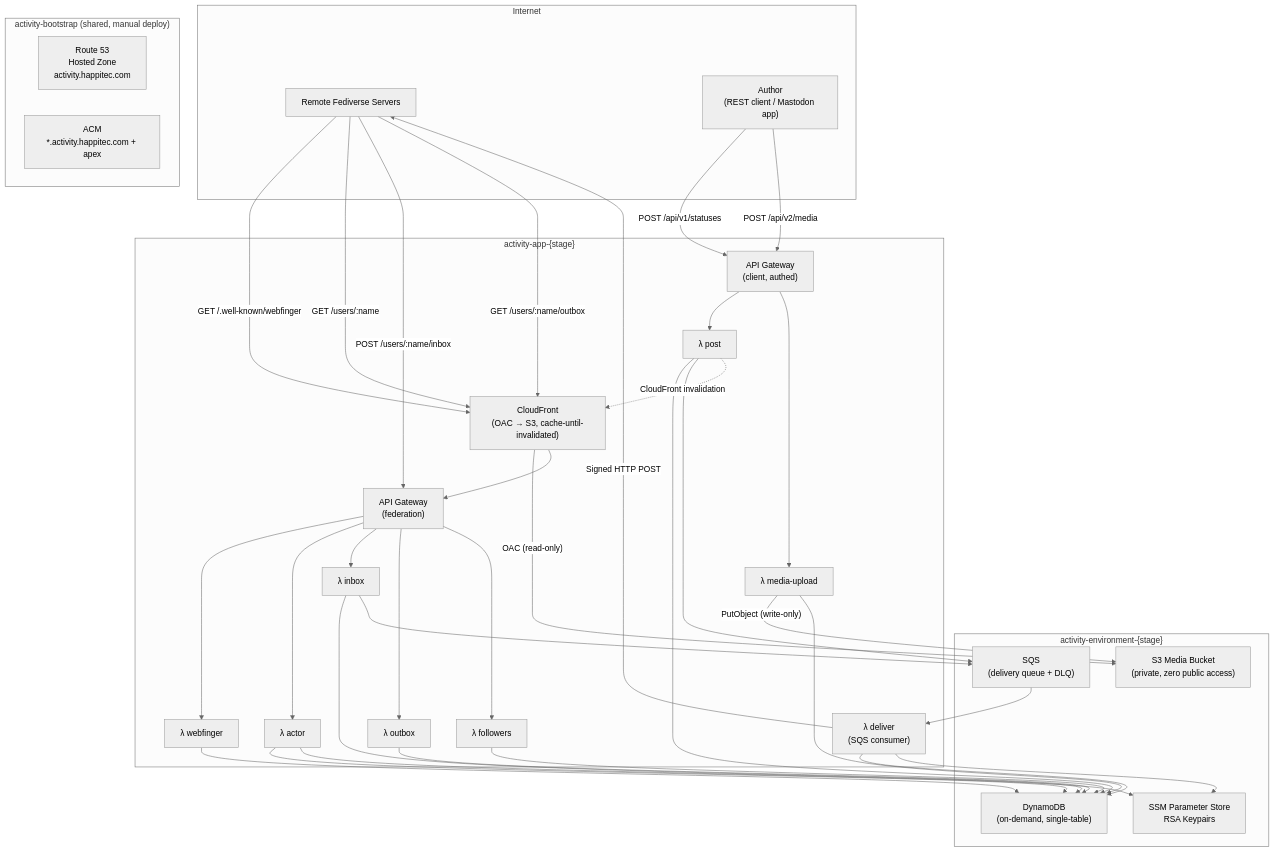
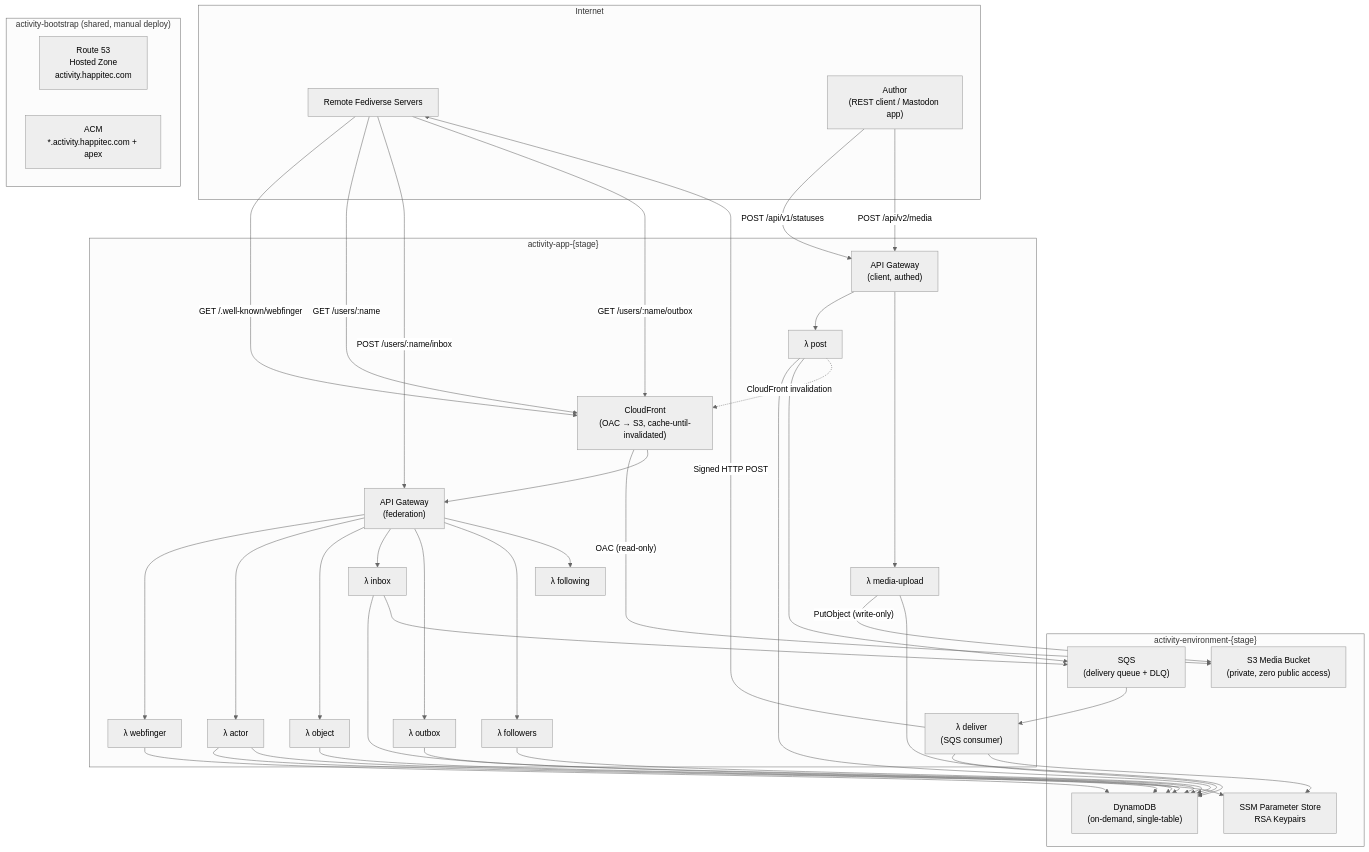
The first of 4 diagrams in docs/PROJECT-PLAN.md (happitec-inc/FederatedActivityPublisher), drawn with Mermaid (neutral theme) before and after one commit. The commit also changed other lines of this file, not shown here.

````diff
--- a/docs/PROJECT-PLAN.md
+++ b/docs/PROJECT-PLAN.md
@@ -31,70 +31,75 @@
 ```mermaid
 flowchart TB
     subgraph "Internet"
         FED["Remote Fediverse Servers"]
         AUTHOR["Author<br/>(REST client / Mastodon app)"]
     end
 
     subgraph "activity-bootstrap (shared, manual deploy)"
         R53["Route 53<br/>Hosted Zone<br/>activity.happitec.com"]
         ACM["ACM<br/>*.activity.happitec.com + apex"]
     end
 
     subgraph "activity-environment-{stage}"
         S3["S3 Media Bucket<br/>(private, zero public access)"]
         DDB["DynamoDB<br/>(on-demand, single-table)"]
         SQS["SQS<br/>(delivery queue + DLQ)"]
         SM["SSM Parameter Store<br/>RSA Keypairs"]
     end
 
     subgraph "activity-app-{stage}"
         CF["CloudFront<br/>(OAC → S3, cache-until-invalidated)"]
         APIGW_S["API Gateway<br/>(federation)"]
         WF["λ webfinger"]
         ACTOR["λ actor"]
+        OBJECT["λ object"]
         INBOX["λ inbox"]
         OUTBOX["λ outbox"]
         FOLLOWERS["λ followers"]
+        FOLLOWING["λ following"]
         DELIVER["λ deliver<br/>(SQS consumer)"]
         APIGW_C["API Gateway<br/>(client, authed)"]
         POST["λ post"]
         MEDIA["λ media-upload"]
     end
 
     FED -->|"GET /.well-known/webfinger"| CF
     FED -->|"GET /users/:name"| CF
     FED -->|"POST /users/:name/inbox"| APIGW_S
     FED -->|"GET /users/:name/outbox"| CF
 
     AUTHOR -->|"POST /api/v1/statuses"| APIGW_C
     AUTHOR -->|"POST /api/v2/media"| APIGW_C
 
     CF -->|"OAC (read-only)"| S3
     CF --> APIGW_S
     APIGW_S --> WF
     APIGW_S --> ACTOR
+    APIGW_S --> OBJECT
     APIGW_S --> INBOX
     APIGW_S --> OUTBOX
     APIGW_S --> FOLLOWERS
+    APIGW_S --> FOLLOWING
 
     WF --> DDB
     ACTOR --> DDB
     ACTOR --> SM
+    OBJECT --> DDB
     INBOX --> DDB
     INBOX --> SQS
     OUTBOX --> DDB
     FOLLOWERS --> DDB
 
     SQS --> DELIVER
     DELIVER --> DDB
     DELIVER --> SM
     DELIVER -->|"Signed HTTP POST"| FED
 
     APIGW_C --> POST
     APIGW_C --> MEDIA
     POST --> DDB
     POST --> SQS
     POST -.->|"CloudFront invalidation"| CF
     MEDIA -->|"PutObject (write-only)"| S3
     MEDIA --> DDB
 ```
````
